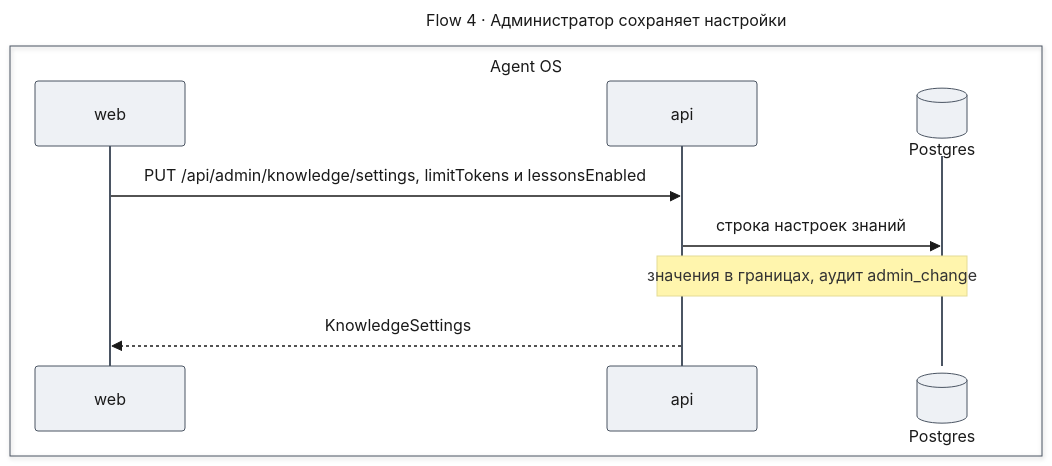
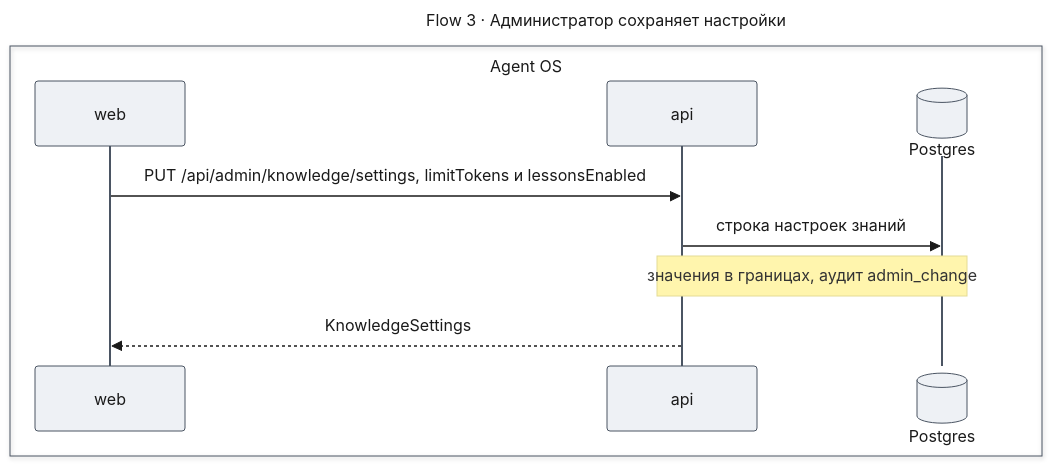
One commit to tundraray/agent-os changed the sixth of 7 diagrams in docs/features/self-learning/design-web.md. Above: the diagram before and after it, drawn with Mermaid. The commit also changed other lines of this file and 13 other files, not shown here.

````diff
--- a/docs/features/self-learning/design-web.md
+++ b/docs/features/self-learning/design-web.md
@@ -580,29 +463,29 @@
 ```mermaid
 ---
-title: "Flow 4 · Администратор сохраняет настройки"
+title: "Flow 3 · Администратор сохраняет настройки"
 config:
   theme: base
   look: classic
   themeVariables:
     primaryColor: "#eef1f5"
     primaryBorderColor: "#4b5563"
     primaryTextColor: "#1a1a1a"
     lineColor: "#6b7280"
   themeCSS: |
     @keyframes lit_wf4{0%,30%{stroke:#991b1b;stroke-width:6px}33.33%,100%{stroke:#37474f;stroke-width:2px}}
     @keyframes litr_wf4{0%,30%{stroke:#1d4ed8;stroke-width:6px}33.33%,100%{stroke:#37474f;stroke-width:2px}}
     .messageLine0[data-id='i0'],.messageLine1[data-id='i0']{animation:lit_wf4 3.6s linear 0s infinite}
     .messageLine0[data-id='i1'],.messageLine1[data-id='i1']{animation:lit_wf4 3.6s linear 1.2s infinite}
     .messageLine0[data-id='i3'],.messageLine1[data-id='i3']{animation:litr_wf4 3.6s linear 2.4s infinite}
 ---
 sequenceDiagram
     box Agent OS
         participant web
         participant api
         participant DB@{ "type": "database" } as Postgres
     end
     web->>api: PUT /api/admin/knowledge/settings, limitTokens и lessonsEnabled
     api->>DB: строка настроек знаний
     Note over api,DB: значения в границах, аудит admin_change
     api-->>web: KnowledgeSettings
 ```
````
